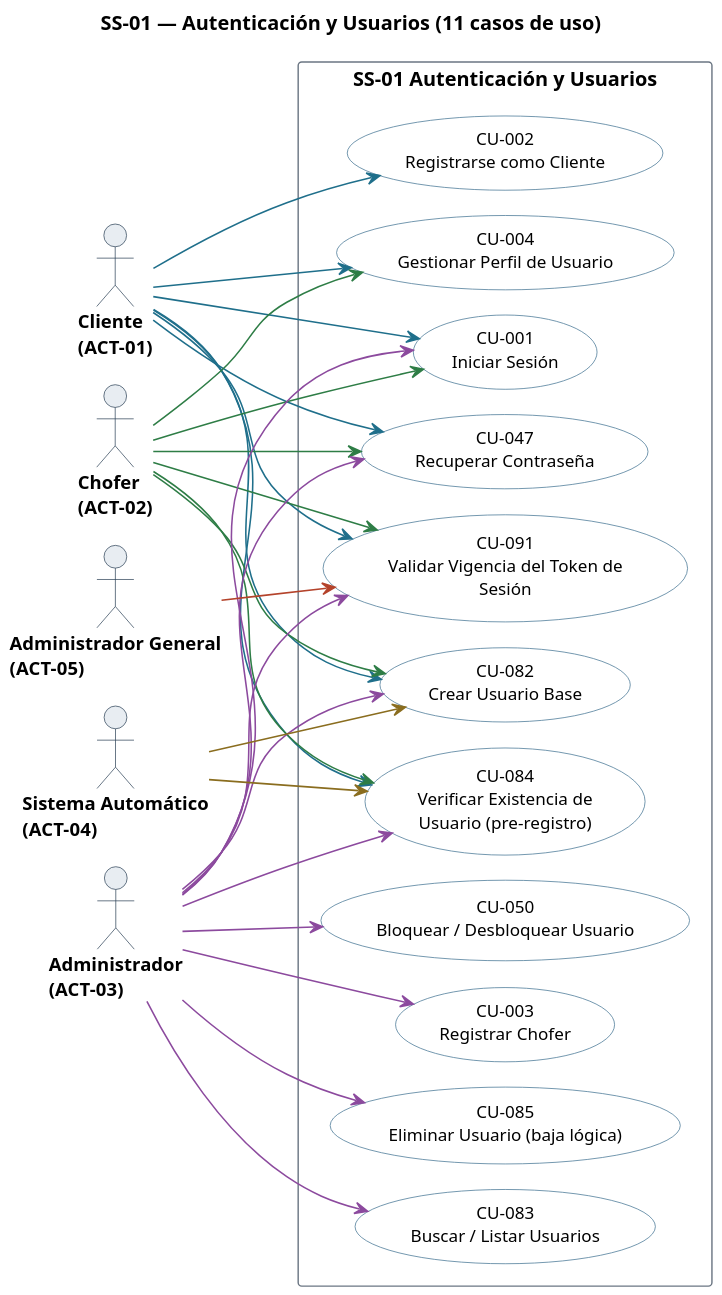
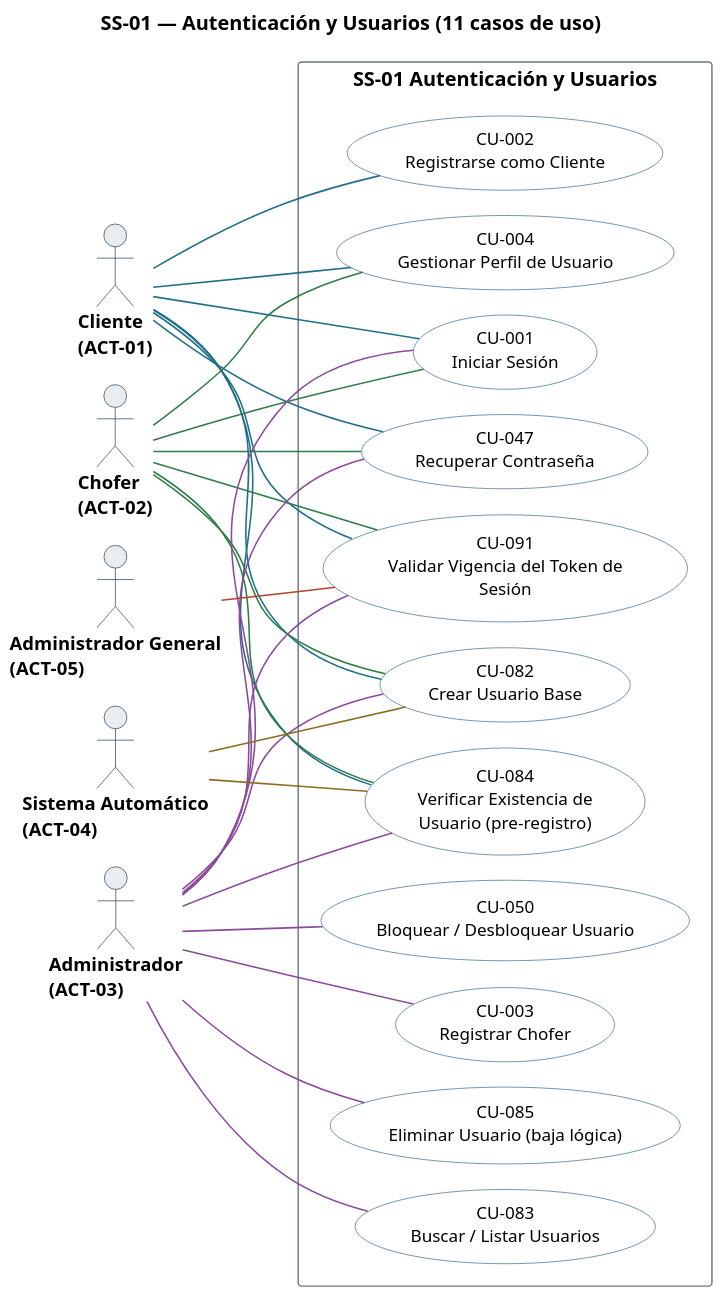
The diagram in diagramas/uml/CU_SS-01_Autenticacion-Y-Usuarios.puml (Nahuelito-Dev/splg-docs), drawn with PlantUML before and after one commit. The commit also changed 66 other files, not shown here.

First line of the commit message:
fix(uml): el subsistema es un paquete, no un caso de uso

```diff
--- a/diagramas/uml/CU_SS-01_Autenticacion-Y-Usuarios.puml
+++ b/diagramas/uml/CU_SS-01_Autenticacion-Y-Usuarios.puml
@@ -1,81 +1,83 @@
 @startuml
 title SS-01 — Autenticación y Usuarios (11 casos de uso)
 left to right direction
 skinparam backgroundColor #FFFFFF
 skinparam shadowing false
 skinparam defaultFontName Helvetica
 skinparam defaultFontSize 13
 skinparam dpi 150
 skinparam ArrowColor #2C4257
 skinparam ArrowThickness 1.1
 skinparam actor {
   BorderColor #2C4257
   BackgroundColor #E8EDF2
   FontSize 13
   FontStyle bold
 }
 skinparam usecase {
   BorderColor #2C4257
   BackgroundColor #FFFFFF
   FontSize 12
 }
 skinparam rectangle {
   BorderColor #6B7683
   FontSize 14
   FontStyle bold
 }
 
 skinparam nodesep 18
 skinparam ranksep 70
 skinparam usecase {
   BorderColor<<pendiente>> #9C4436
   BackgroundColor<<pendiente>> #F6E4E1
+  BorderColor<<factorizado>> #6B7683
+  BackgroundColor<<factorizado>> #F2F4F6
 }
 
 actor "Cliente\n(ACT-01)" as A01
 actor "Chofer\n(ACT-02)" as A02
 actor "Administrador\n(ACT-03)" as A03
 actor "Sistema Automático\n(ACT-04)" as A04
 actor "Administrador General\n(ACT-05)" as A05
 
 rectangle "SS-01 Autenticación y Usuarios" {
   usecase "CU-001\nIniciar Sesión" as U001 #back:FFFFFF;line:3C6E8F
   usecase "CU-002\nRegistrarse como Cliente" as U002 #back:FFFFFF;line:3C6E8F
   usecase "CU-003\nRegistrar Chofer" as U003 #back:FFFFFF;line:3C6E8F
   usecase "CU-004\nGestionar Perfil de Usuario" as U004 #back:FFFFFF;line:3C6E8F
   usecase "CU-047\nRecuperar Contraseña" as U047 #back:FFFFFF;line:3C6E8F
   usecase "CU-050\nBloquear / Desbloquear Usuario" as U050 #back:FFFFFF;line:3C6E8F
   usecase "CU-082\nCrear Usuario Base" as U082 #back:FFFFFF;line:3C6E8F
   usecase "CU-083\nBuscar / Listar Usuarios" as U083 #back:FFFFFF;line:3C6E8F
   usecase "CU-084\nVerificar Existencia de\nUsuario (pre-registro)" as U084 #back:FFFFFF;line:3C6E8F
   usecase "CU-085\nEliminar Usuario (baja lógica)" as U085 #back:FFFFFF;line:3C6E8F
   usecase "CU-091\nValidar Vigencia del Token de\nSesión" as U091 #back:FFFFFF;line:3C6E8F
 }
 
-A01 -[#1F6F8B]-> U001
-A01 -[#1F6F8B]-> U002
-A01 -[#1F6F8B]-> U004
-A01 -[#1F6F8B]-> U047
-A01 -[#1F6F8B]-> U082
-A01 -[#1F6F8B]-> U084
-A01 -[#1F6F8B]-> U091
-A02 -[#2E7D46]-> U001
-A02 -[#2E7D46]-> U004
-A02 -[#2E7D46]-> U047
-A02 -[#2E7D46]-> U082
-A02 -[#2E7D46]-> U084
-A02 -[#2E7D46]-> U091
-A03 -[#8C4A9E]-> U001
-A03 -[#8C4A9E]-> U003
-A03 -[#8C4A9E]-> U047
-A03 -[#8C4A9E]-> U050
-A03 -[#8C4A9E]-> U082
-A03 -[#8C4A9E]-> U083
-A03 -[#8C4A9E]-> U084
-A03 -[#8C4A9E]-> U085
-A03 -[#8C4A9E]-> U091
-A04 -[#8A6D1F]-> U082
-A04 -[#8A6D1F]-> U084
-A05 -[#B4432B]-> U091
+A01 -[#1F6F8B]- U001
+A01 -[#1F6F8B]- U002
+A01 -[#1F6F8B]- U004
+A01 -[#1F6F8B]- U047
+A01 -[#1F6F8B]- U082
+A01 -[#1F6F8B]- U084
+A01 -[#1F6F8B]- U091
+A02 -[#2E7D46]- U001
+A02 -[#2E7D46]- U004
+A02 -[#2E7D46]- U047
+A02 -[#2E7D46]- U082
+A02 -[#2E7D46]- U084
+A02 -[#2E7D46]- U091
+A03 -[#8C4A9E]- U001
+A03 -[#8C4A9E]- U003
+A03 -[#8C4A9E]- U047
+A03 -[#8C4A9E]- U050
+A03 -[#8C4A9E]- U082
+A03 -[#8C4A9E]- U083
+A03 -[#8C4A9E]- U084
+A03 -[#8C4A9E]- U085
+A03 -[#8C4A9E]- U091
+A04 -[#8A6D1F]- U082
+A04 -[#8A6D1F]- U084
+A05 -[#B4432B]- U091
 
 @enduml
```
